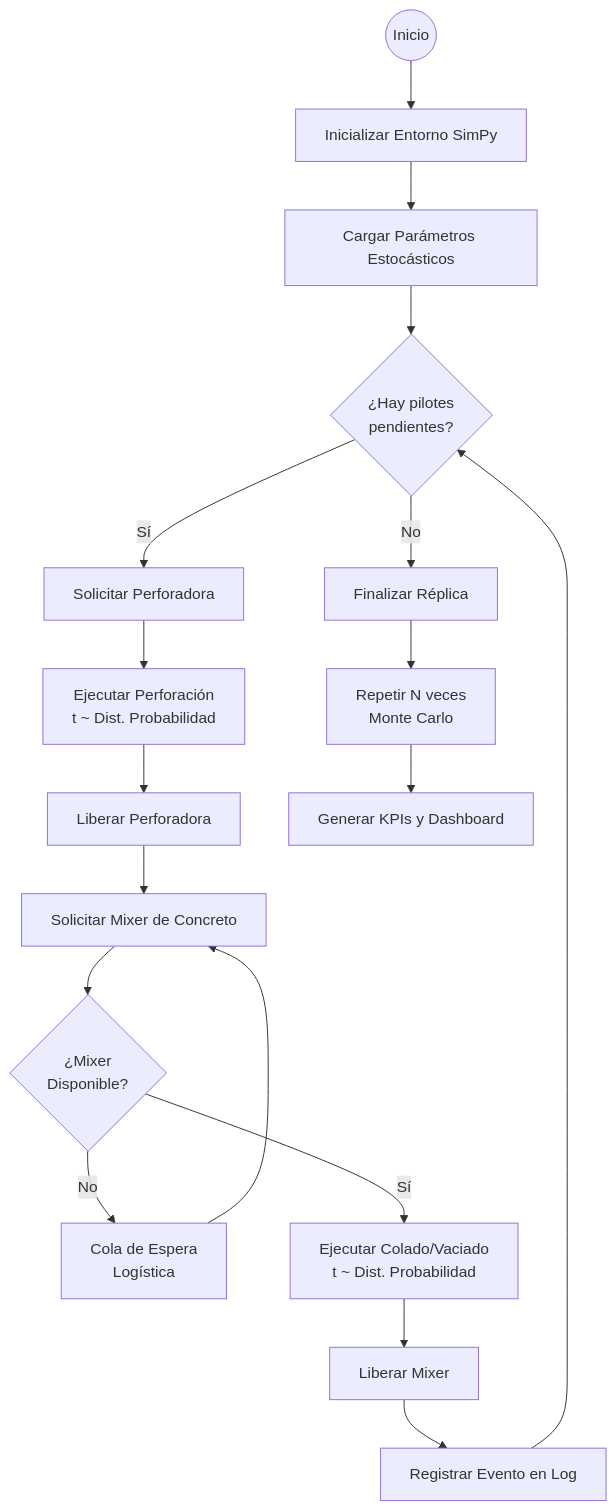
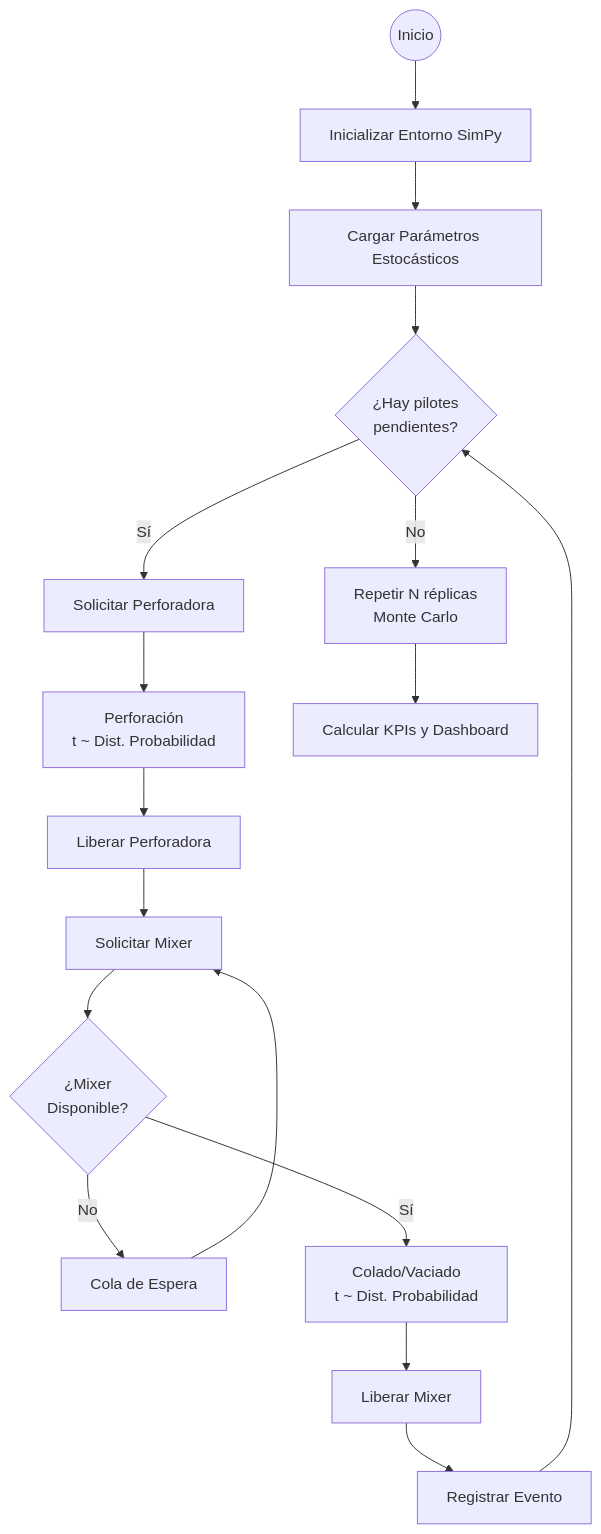
Before and after one commit to ingyeffersonhh-dev/EMCA-Stochastic-System: the diagram in README.md, drawn with Mermaid. The commit also changed other lines of this file and 2 other files, not shown here.

````diff
--- a/README.md
+++ b/README.md
@@ -21,24 +24,23 @@
 ```mermaid
 graph TD
     Start((Inicio)) --> InitEnv[Inicializar Entorno SimPy]
     InitEnv --> LoadParams[Cargar Parámetros Estocásticos]
-    LoadParams --> LoopPilotes{¿Hay pilotes<br/>pendientes?}
+    LoadParams --> Loop{¿Hay pilotes<br/>pendientes?}
     
-    LoopPilotes -- Sí --> ReqDrill[Solicitar Perforadora]
-    ReqDrill --> ExecDrill[Ejecutar Perforación<br/>t ~ Dist. Probabilidad]
+    Loop -- Sí --> ReqDrill[Solicitar Perforadora]
+    ReqDrill --> ExecDrill[Perforación<br/>t ~ Dist. Probabilidad]
     ExecDrill --> RelDrill[Liberar Perforadora]
     
-    RelDrill --> ReqMixer[Solicitar Mixer de Concreto]
-    ReqMixer --> WaitMixer{¿Mixer<br/>Disponible?}
-    WaitMixer -- No --> Queue[Cola de Espera<br/>Logística]
+    RelDrill --> ReqMixer[Solicitar Mixer]
+    ReqMixer --> Wait{¿Mixer<br/>Disponible?}
+    Wait -- No --> Queue[Cola de Espera]
     Queue --> ReqMixer
     
-    WaitMixer -- Sí --> ExecCast[Ejecutar Colado/Vaciado<br/>t ~ Dist. Probabilidad]
+    Wait -- Sí --> ExecCast[Colado/Vaciado<br/>t ~ Dist. Probabilidad]
     ExecCast --> RelMixer[Liberar Mixer]
-    RelMixer --> LogEvent[Registrar Evento en Log]
-    LogEvent --> LoopPilotes
+    RelMixer --> Log[Registrar Evento]
+    Log --> Loop
     
-    LoopPilotes -- No --> EndSim[Finalizar Réplica]
-    EndSim --> MonteCarlo[Repetir N veces<br/>Monte Carlo]
-    MonteCarlo --> Export[Generar KPIs y Dashboard]
+    Loop -- No --> MC[Repetir N réplicas<br/>Monte Carlo]
+    MC --> KPIs[Calcular KPIs y Dashboard]
 ```
````
